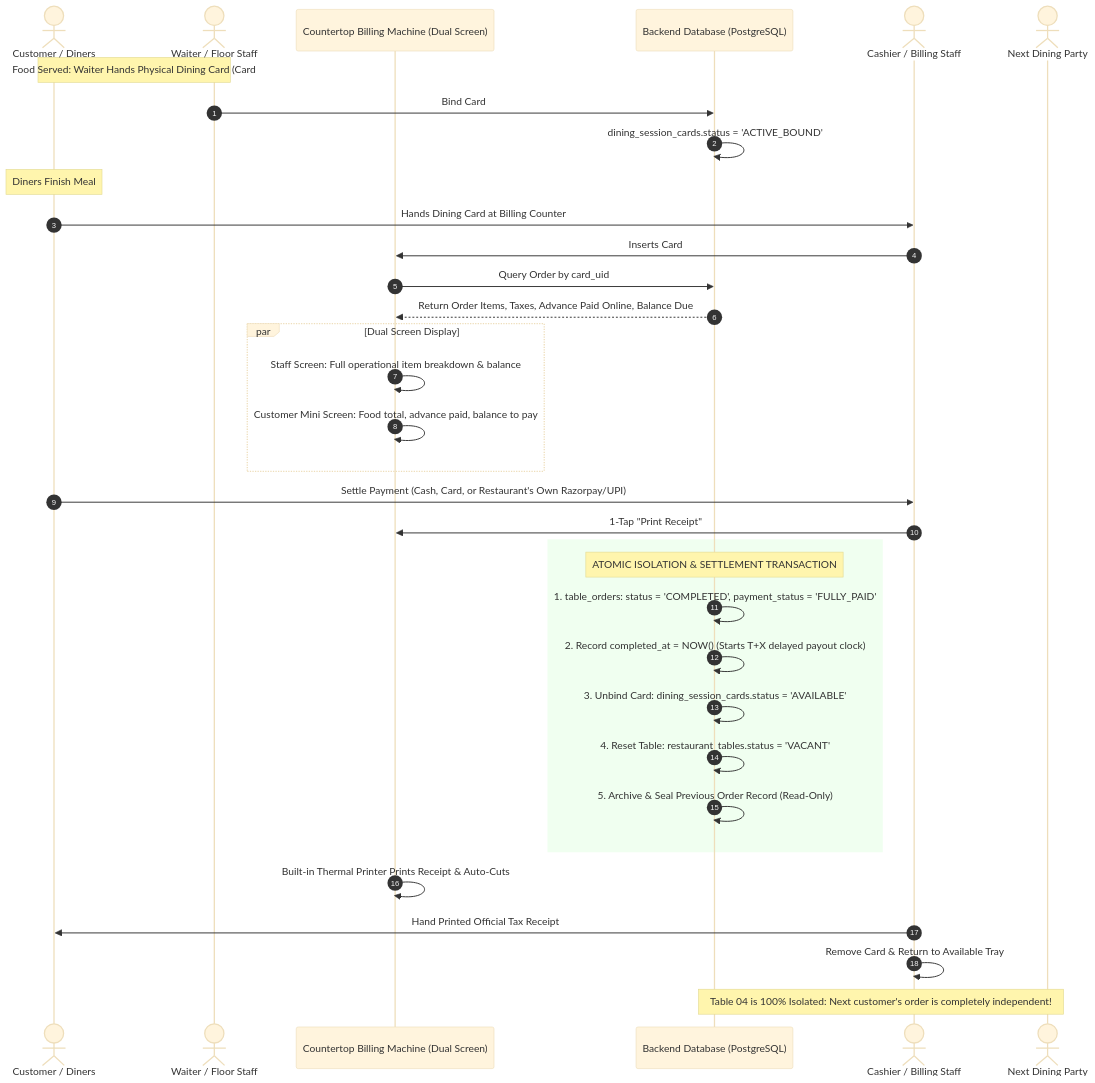
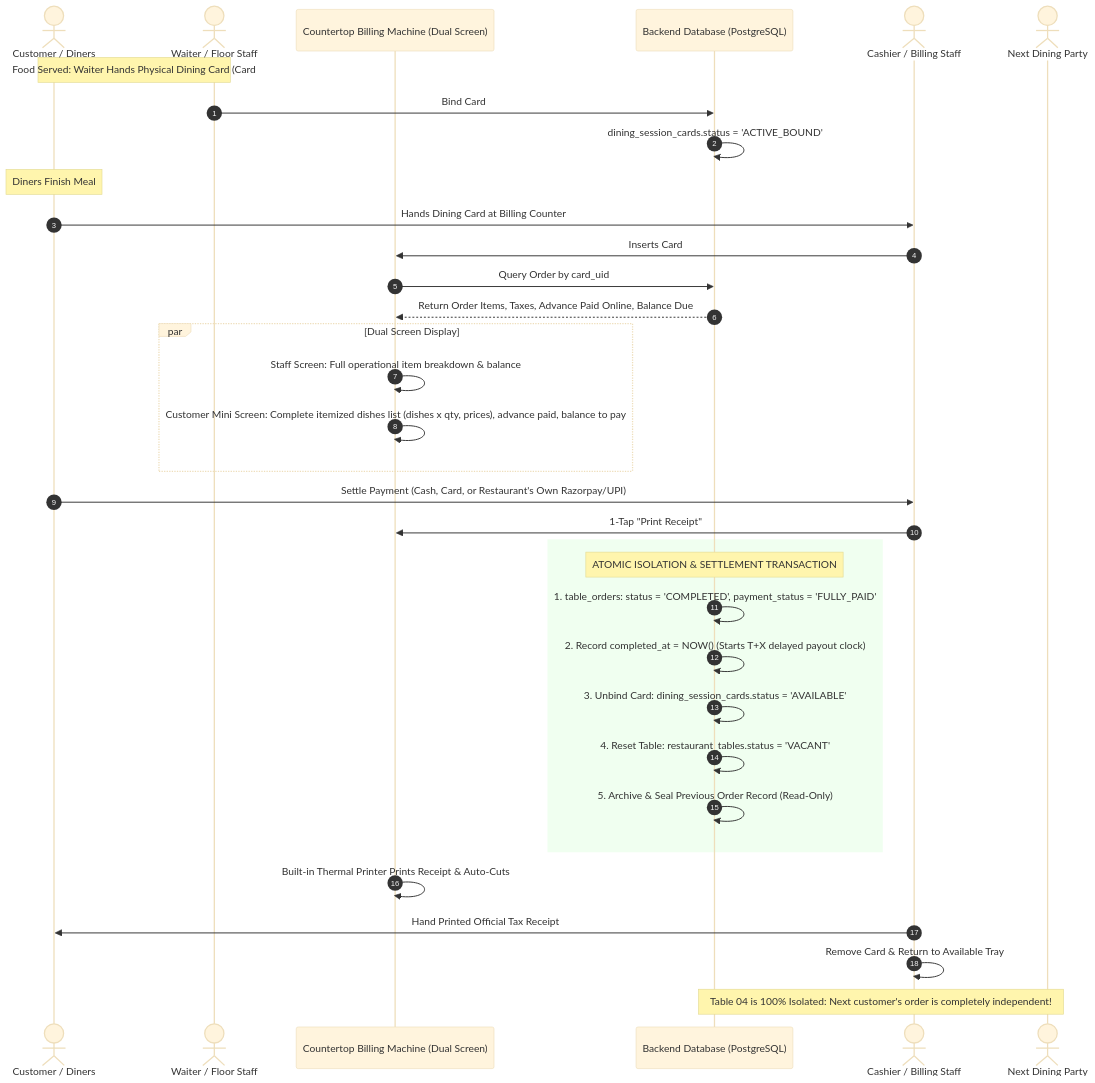
Before and after one commit to SidharthT-TechExpert/RWB_Project: the fifth of 5 diagrams in docs/er-diagram.md, drawn with Mermaid (base theme). The commit also changed 1 other file, not shown here.

Commit message:
docs: standardize itemized dishes list display on customer mini-screen across flows

````diff
--- a/docs/er-diagram.md
+++ b/docs/er-diagram.md
@@ -321,40 +321,40 @@
 ```mermaid
 sequenceDiagram
     autonumber
     actor Diner as Customer / Diners
     actor Waiter as Waiter / Floor Staff
     participant Machine as Countertop Billing Machine (Dual Screen)
     participant DB as Backend Database (PostgreSQL)
     actor Cashier as Cashier / Billing Staff
     actor NextCustomer as Next Dining Party
 
     Note over Diner,Waiter: Food Served: Waiter Hands Physical Dining Card (Card #07)
     Waiter->>DB: Bind Card #07 to Table 04 Active Order
     DB->>DB: dining_session_cards.status = 'ACTIVE_BOUND'
     Note over Diner: Diners Finish Meal
     Diner->>Cashier: Hands Dining Card at Billing Counter
     Cashier->>Machine: Inserts Card #07 into Machine Slot
     Machine->>DB: Query Order by card_uid
     DB-->>Machine: Return Order Items, Taxes, Advance Paid Online, Balance Due
     par Dual Screen Display
         Machine->>Machine: Staff Screen: Full operational item breakdown & balance
-        Machine->>Machine: Customer Mini Screen: Food total, advance paid, balance to pay
+        Machine->>Machine: Customer Mini Screen: Complete itemized dishes list (dishes x qty, prices), advance paid, balance to pay
     end
     Diner->>Cashier: Settle Payment (Cash, Card, or Restaurant's Own Razorpay/UPI)
     Cashier->>Machine: 1-Tap "Print Receipt"
     
     rect rgb(240, 255, 240)
         Note over DB: ATOMIC ISOLATION & SETTLEMENT TRANSACTION
         DB->>DB: 1. table_orders: status = 'COMPLETED', payment_status = 'FULLY_PAID'
         DB->>DB: 2. Record completed_at = NOW() (Starts T+X delayed payout clock)
         DB->>DB: 3. Unbind Card: dining_session_cards.status = 'AVAILABLE'
         DB->>DB: 4. Reset Table: restaurant_tables.status = 'VACANT'
         DB->>DB: 5. Archive & Seal Previous Order Record (Read-Only)
     end
 
     Machine->>Machine: Built-in Thermal Printer Prints Receipt & Auto-Cuts
     Cashier->>Diner: Hand Printed Official Tax Receipt
     Cashier->>Cashier: Remove Card & Return to Available Tray
 
     Note over NextCustomer,DB: Table 04 is 100% Isolated: Next customer's order is completely independent!
 ```
````
